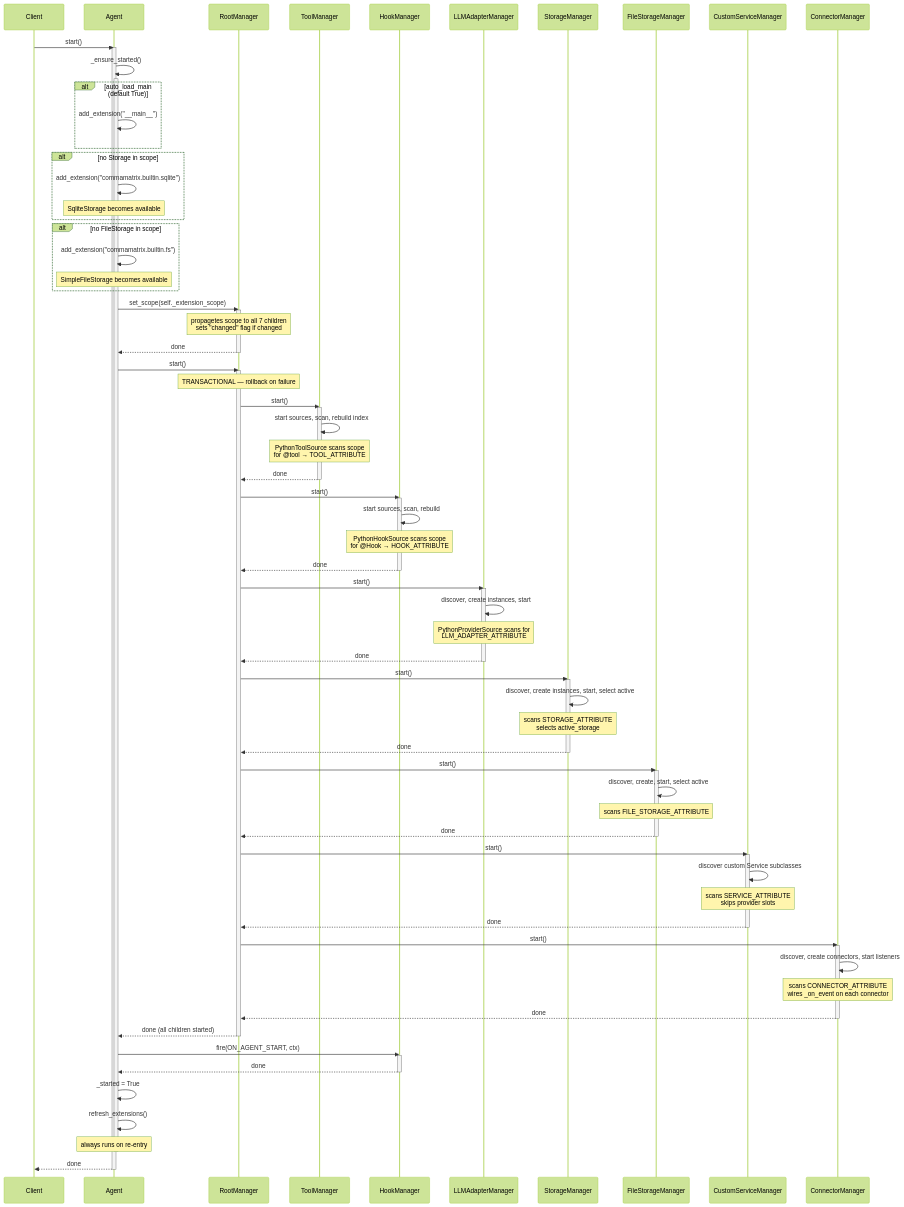
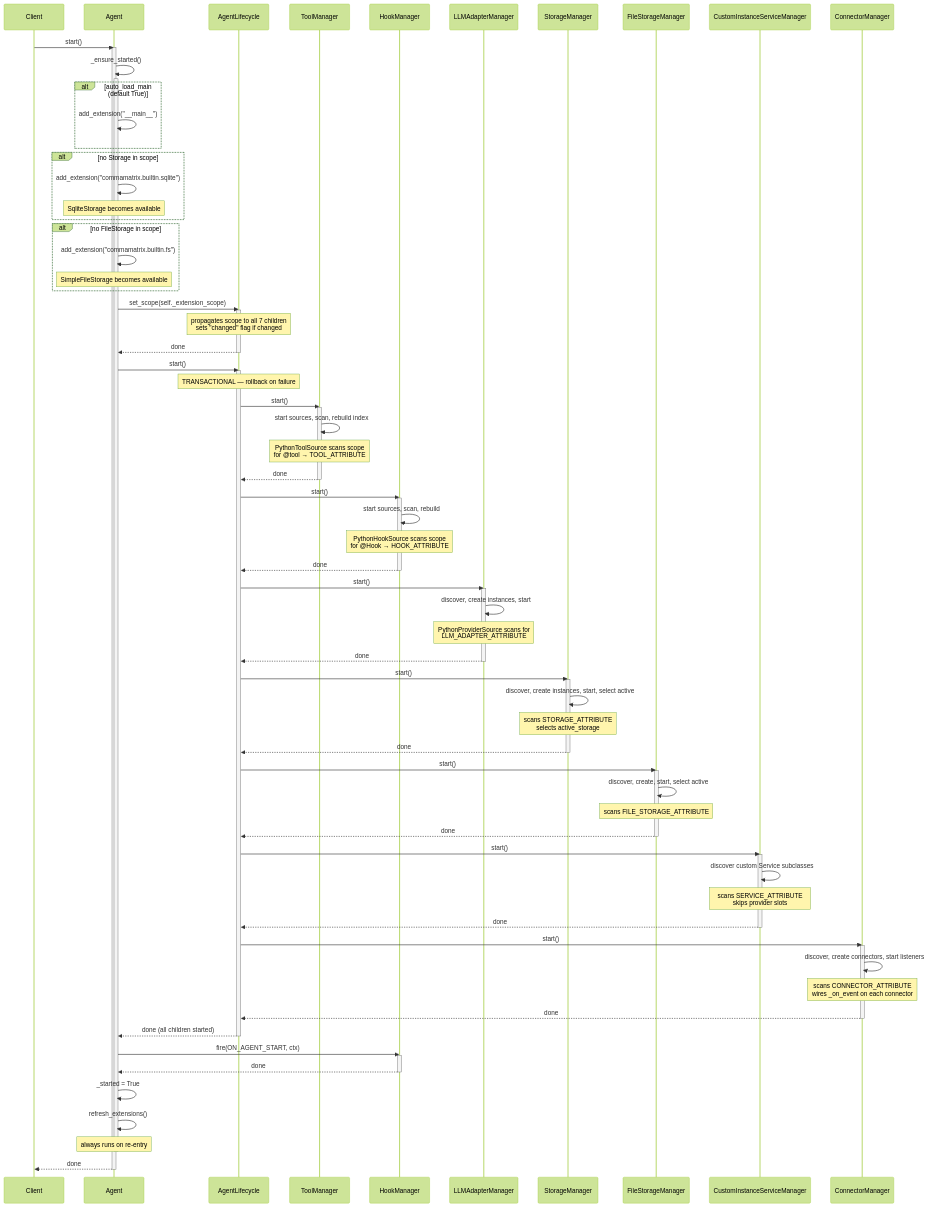
One commit to matrixd0t/commamatrix changed the sixth of 12 diagrams in visuals.md. Above: the diagram before and after it, drawn with Mermaid (forest theme). The commit also changed other lines of this file and 64 other files, not shown here.

```diff
--- a/visuals.md
+++ b/visuals.md
@@ -237,13 +237,13 @@
 sequenceDiagram
     participant Client
     participant Agent
-    participant SM as RootManager
+    participant SM as AgentLifecycle
     participant TM as ToolManager
     participant HM as HookManager
     participant LM as LLMAdapterManager
     participant StM as StorageManager
     participant FStM as FileStorageManager
-    participant CSM as CustomServiceManager
+    participant CSM as CustomInstanceServiceManager
     participant ConM as ConnectorManager
 
     Client->>Agent: start()
@@ -268,7 +268,7 @@
 
     Agent->>SM: set_scope(self._extension_scope)
     activate SM
-    Note over SM: propagetes scope to all 7 children<br/>sets "changed" flag if changed
+    Note over SM: propagates scope to all 7 children<br/>sets "changed" flag if changed
     SM-->>Agent: done
     deactivate SM
 
```
